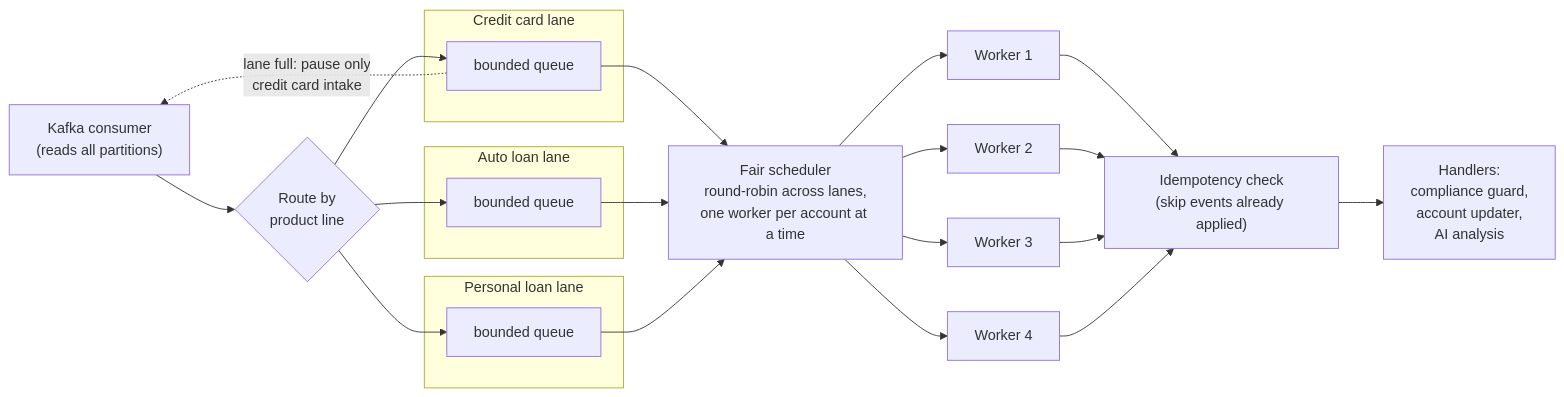
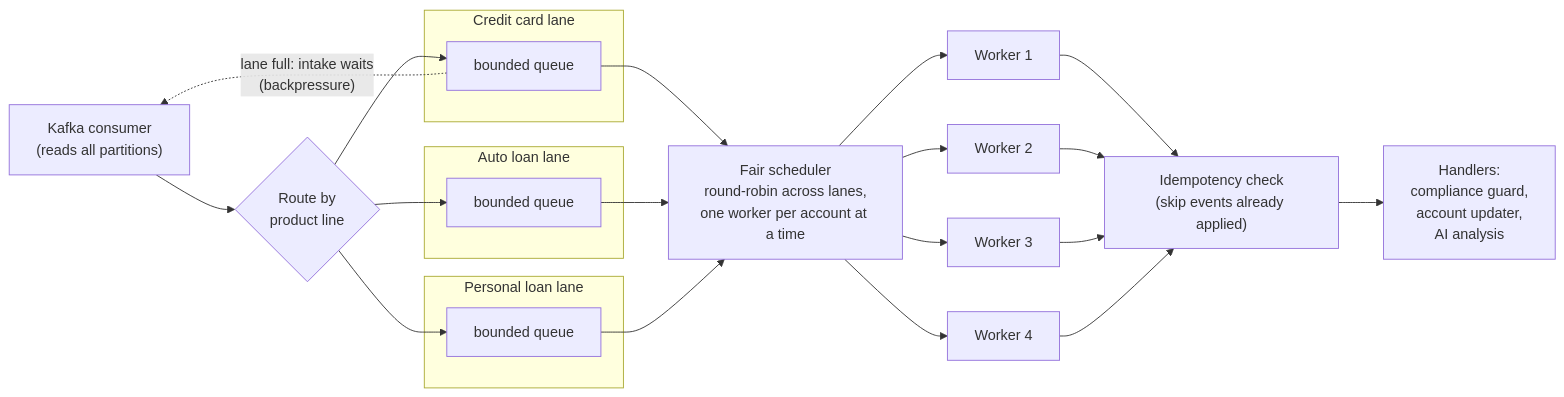
Before and after one commit to eresh-thekbr/multi-tenant-streaming: the fourth of 4 diagrams in docs/problem-statement.md, drawn with Mermaid. The commit also changed other lines of this file and 43 other files, not shown here.

````diff
--- a/docs/problem-statement.md
+++ b/docs/problem-statement.md
@@ -186,36 +187,36 @@
 ```mermaid
 flowchart LR
     K["Kafka consumer<br/>(reads all partitions)"] --> R{"Route by<br/>product line"}
 
     subgraph L1["Credit card lane"]
         Q1["bounded queue"]
     end
     subgraph L2["Auto loan lane"]
         Q2["bounded queue"]
     end
     subgraph L3["Personal loan lane"]
         Q3["bounded queue"]
     end
 
     R --> Q1
     R --> Q2
     R --> Q3
 
     S["Fair scheduler<br/>round-robin across lanes,<br/>one worker per account at a time"]
     Q1 --> S
     Q2 --> S
     Q3 --> S
 
     S --> W1["Worker 1"]
     S --> W2["Worker 2"]
     S --> W3["Worker 3"]
     S --> W4["Worker 4"]
 
     W1 --> ID["Idempotency check<br/>(skip events already applied)"]
     W2 --> ID
     W3 --> ID
     W4 --> ID
     ID --> H["Handlers:<br/>compliance guard,<br/>account updater,<br/>AI analysis"]
 
-    Q1 -. "lane full: pause only<br/>credit card intake" .-> K
+    Q1 -. "lane full: intake waits<br/>(backpressure)" .-> K
 ```
````
